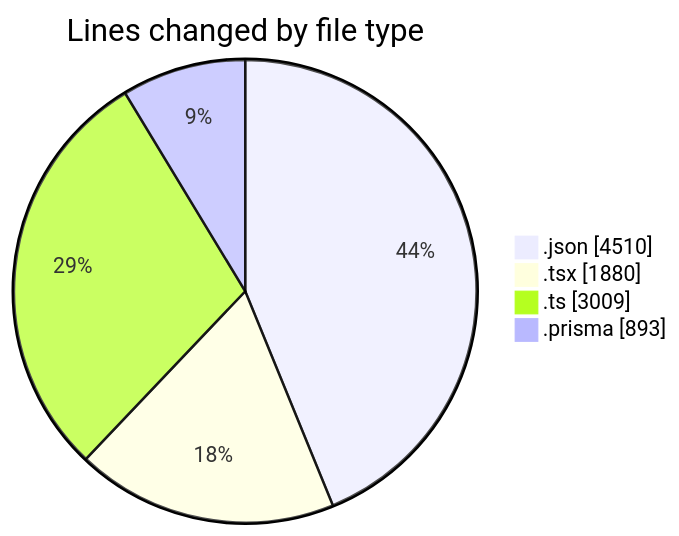
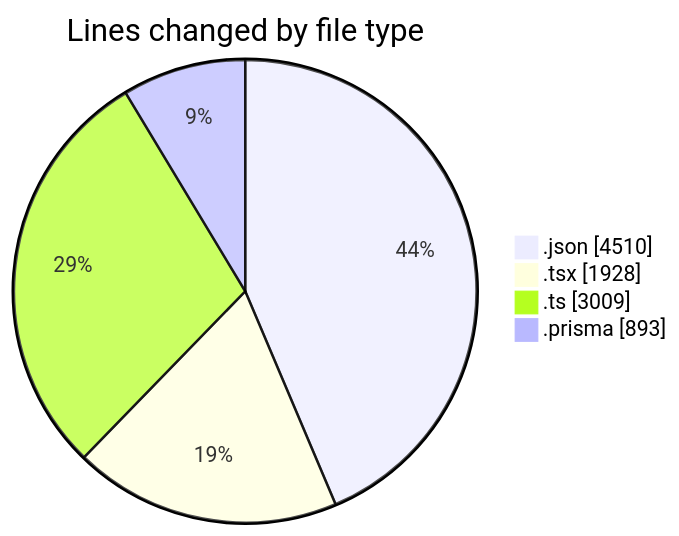
One commit to CELIANVF/code-tracking changed the first of 2 diagrams in 2025-05-05/ecodeli/README.md. Above: the diagram before and after it, drawn with Mermaid. The commit also changed other lines of this file and 1 other file, not shown here.

````diff
--- a/2025-05-05/ecodeli/README.md
+++ b/2025-05-05/ecodeli/README.md
@@ -39,8 +39,8 @@
 ```mermaid
 pie showData
 title Lines changed by file type
 ".json" : 4510
-".tsx" : 1880
+".tsx" : 1928
 ".ts" : 3009
 ".prisma" : 893
 ```
````
